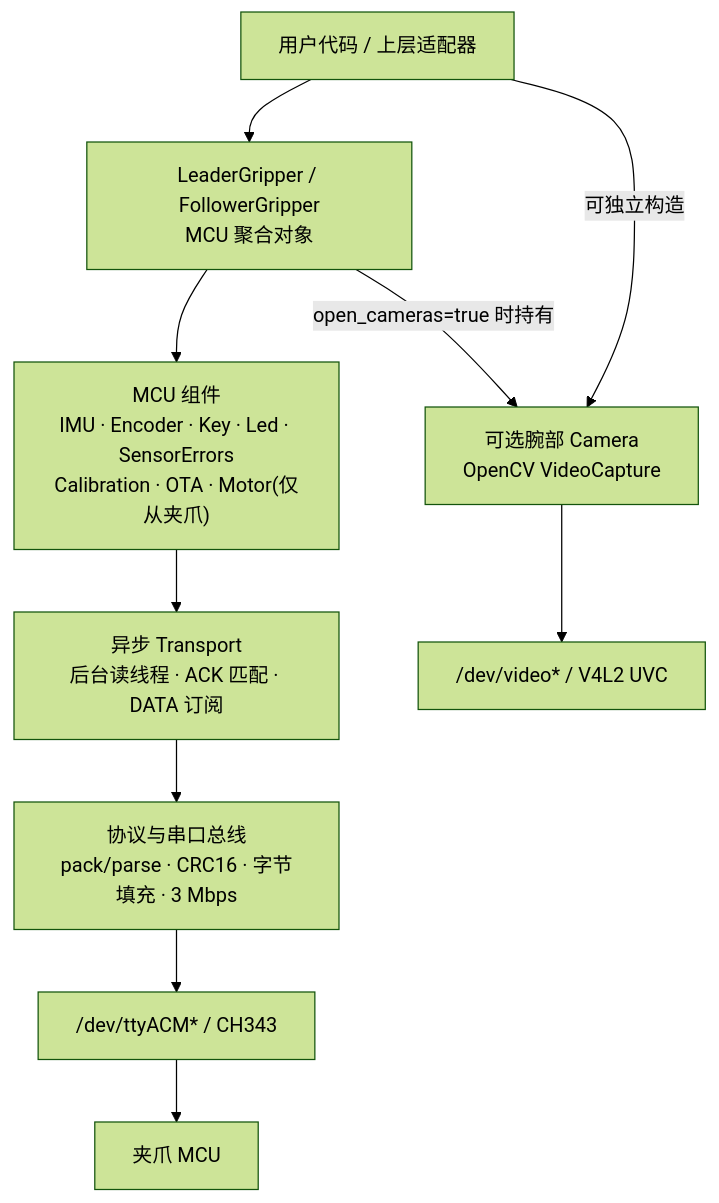
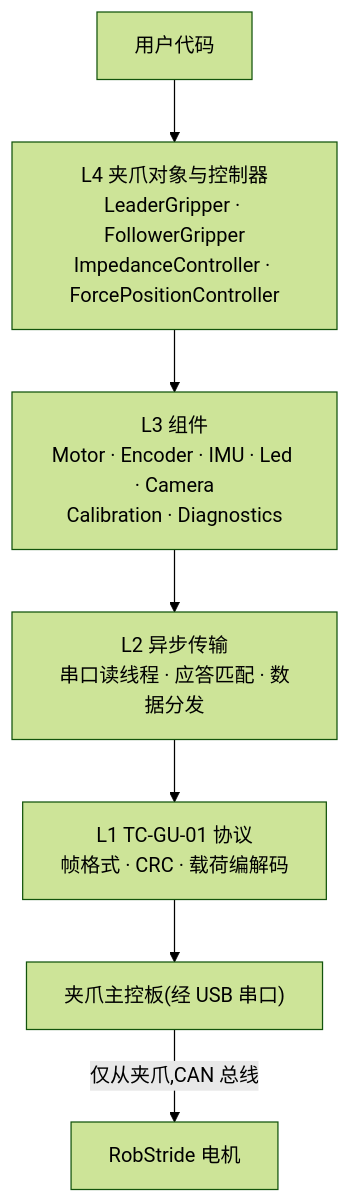
Before and after one commit to XenseRobotics-AI/XTac-UMI-G1-Docs: the diagram in docs/sdk-overview.md, drawn with Mermaid (forest theme). The commit also changed other lines of this file and 14 other files, not shown here.

````diff
--- a/docs/sdk-overview.md
+++ b/docs/sdk-overview.md
@@ -19,13 +28,9 @@
 ```mermaid
 flowchart TB
-    U["用户代码 / 上层适配器"] --> AGG["LeaderGripper / FollowerGripper<br/>MCU 聚合对象"]
-    AGG --> COMP["MCU 组件<br/>IMU · Encoder · Key · Led · SensorErrors<br/>Calibration · OTA · Motor(仅从夹爪)"]
-    COMP --> TX["异步 Transport<br/>后台读线程 · ACK 匹配 · DATA 订阅"]
-    TX --> PROTO["协议与串口总线<br/>pack/parse · CRC16 · 字节填充 · 3 Mbps"]
-    PROTO --> SERIAL["/dev/ttyACM* / CH343"]
-    SERIAL --> MCU["夹爪 MCU"]
-
-    U -->|可独立构造| CAM["可选腕部 Camera<br/>OpenCV VideoCapture"]
-    AGG -->|open_cameras=true 时持有| CAM
-    CAM --> VIDEO["/dev/video* / V4L2 UVC"]
+    U["用户代码"] --> L4["L4 夹爪对象与控制器<br/>LeaderGripper · FollowerGripper<br/>ImpedanceController · ForcePositionController"]
+    L4 --> L3["L3 组件<br/>Motor · Encoder · IMU · Led · Camera<br/>Calibration · Diagnostics"]
+    L3 --> L2["L2 异步传输<br/>串口读线程 · 应答匹配 · 数据分发"]
+    L2 --> L1["L1 TC-GU-01 协议<br/>帧格式 · CRC · 载荷编解码"]
+    L1 --> MCU["夹爪主控板(经 USB 串口)"]
+    MCU -->|仅从夹爪,CAN 总线| MOTOR["RobStride 电机"]
 ```
````
